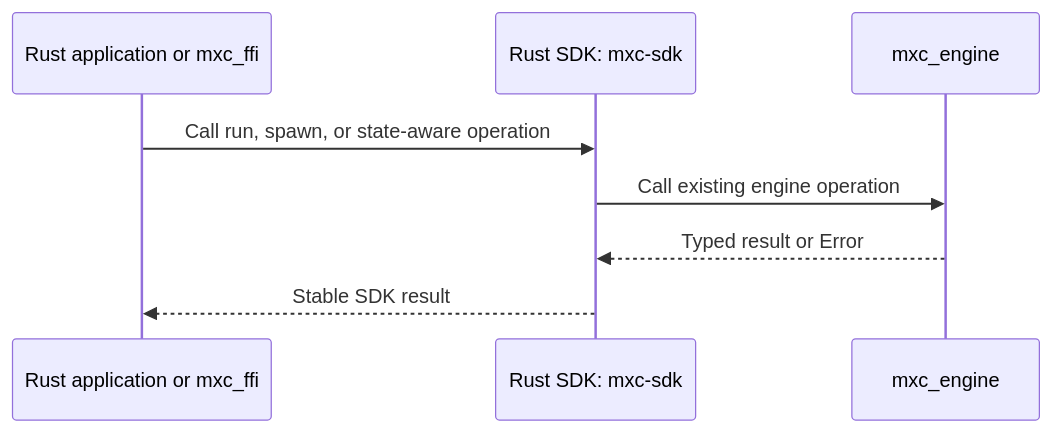
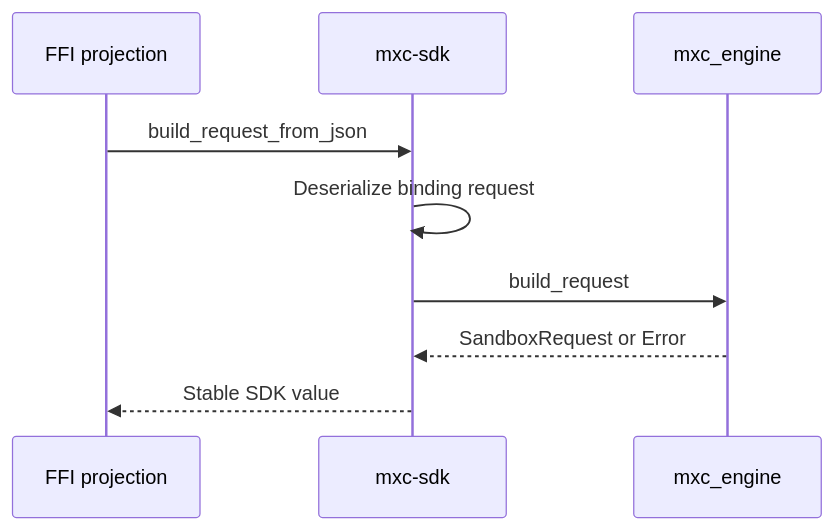
The third of 3 diagrams in docs/designs/SDK/rust-sdk-architecture.md (microsoft/mxc), drawn with Mermaid before and after one commit. The commit also changed other lines of this file and 333 other files, not shown here.

First line of the commit message:
Prototype unified UniFFI SDK generation

````diff
--- a/docs/designs/SDK/rust-sdk-architecture.md
+++ b/docs/designs/SDK/rust-sdk-architecture.md
@@ -64,10 +53,11 @@
 ```mermaid
 sequenceDiagram
-    participant Caller as Rust application or mxc_ffi
-    participant SDK as Rust SDK: mxc-sdk
-    participant Engine as mxc_engine
-    Caller->>SDK: Call run, spawn, or state-aware operation
-    SDK->>Engine: Call existing engine operation
-    Engine-->>SDK: Typed result or Error
-    SDK-->>Caller: Stable SDK result
+    participant F as FFI projection
+    participant S as mxc-sdk
+    participant E as mxc_engine
+    F->>S: build_request_from_json
+    S->>S: Deserialize binding request
+    S->>E: build_request
+    E-->>S: SandboxRequest or Error
+    S-->>F: Stable SDK value
 ```
````
